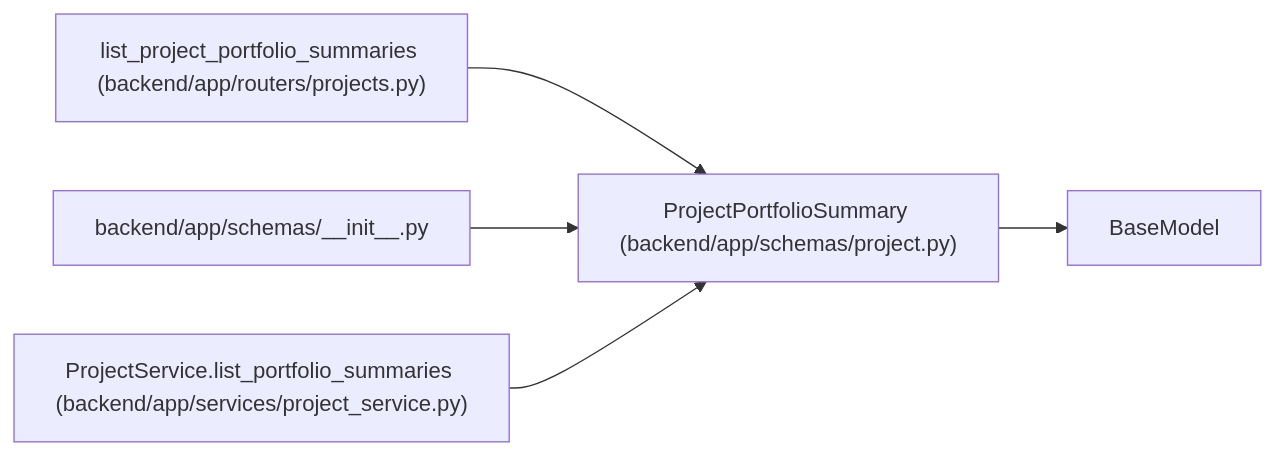
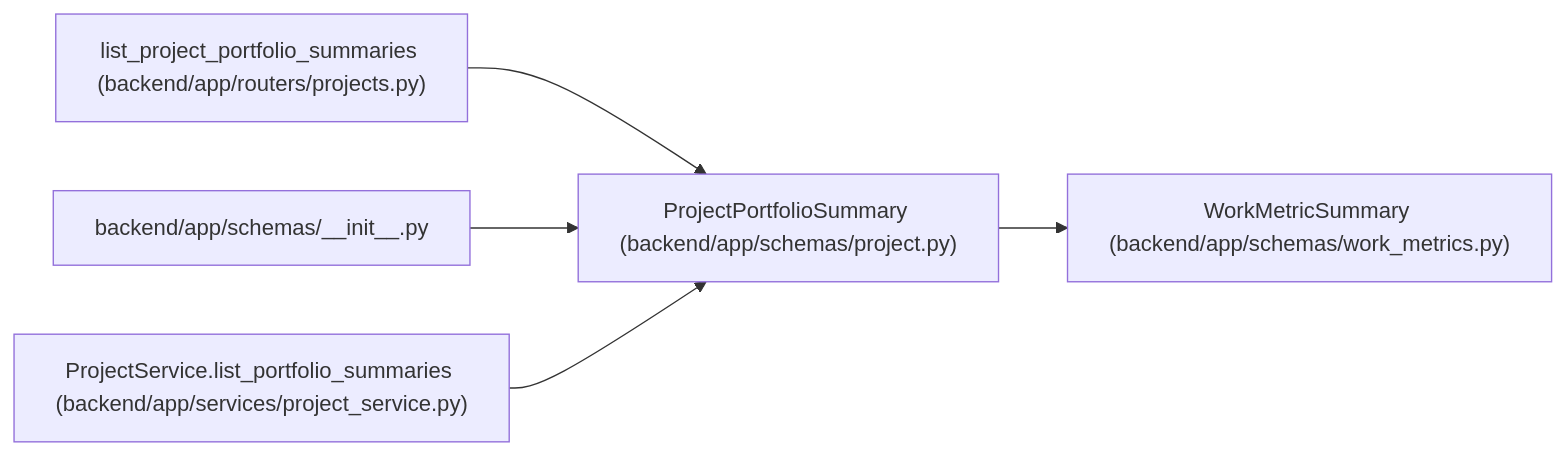
The diagram in docs/llm_wiki/entities/schemas_project_ProjectPortfolioSummary.md (Denissvgn/WorkChord), drawn with Mermaid before and after one commit. The commit also changed other lines of this file and 958 other files, not shown here.

First line of the commit message:
docs(wiki): refresh identity and recovery architecture

````diff
--- a/docs/llm_wiki/entities/schemas_project_ProjectPortfolioSummary.md
+++ b/docs/llm_wiki/entities/schemas_project_ProjectPortfolioSummary.md
@@ -32,16 +32,17 @@
 ```mermaid
 flowchart LR
     n0["ProjectPortfolioSummary (backend/app/schemas/project.py)"]
-    n1["BaseModel"]
+    n1["WorkMetricSummary (backend/app/schemas/work_metrics.py)"]
     n2["list_project_portfolio_summaries (backend/app/routers/projects.py)"]
     n3["backend/app/schemas/__init__.py"]
     n4["ProjectService.list_portfolio_summaries (backend/app/services/project_service.py)"]
     n0 --> n1
     n2 --> n0
     n3 --> n0
     n4 --> n0
     click n0 "../modules/schemas_project.md"
+    click n1 "../modules/schemas_work_metrics.md"
     click n2 "../modules/projects.md"
     click n3 "../modules/schemas___init__.md"
     click n4 "../modules/project_service.md"
 ```
````
